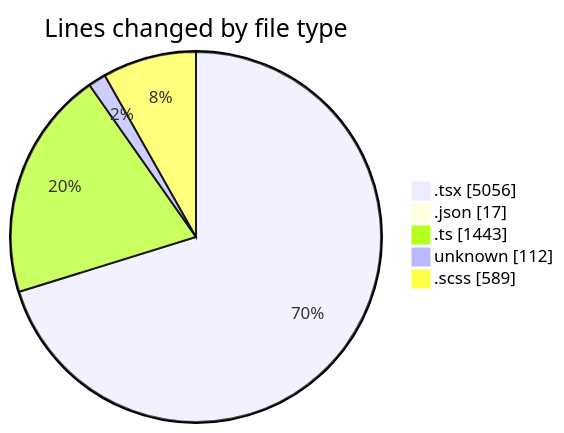
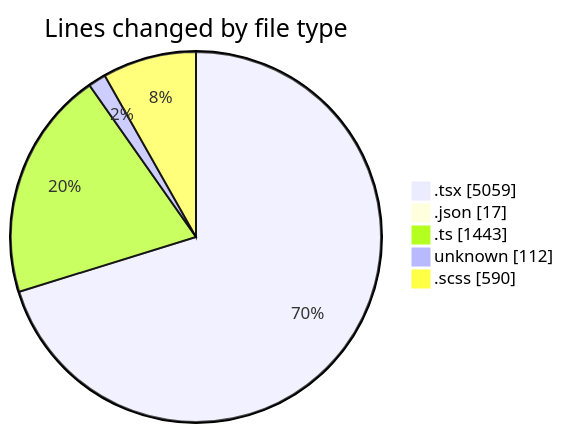
The first of 2 diagrams in 2026-04-30/cda/README.md (momahboobian/code-tracking), drawn with Mermaid before and after one commit. The commit also changed other lines of this file and 1 other file, not shown here.

````diff
--- a/2026-04-30/cda/README.md
+++ b/2026-04-30/cda/README.md
@@ -69,9 +69,9 @@
 ```mermaid
 pie showData
 title Lines changed by file type
-".tsx" : 5056
+".tsx" : 5059
 ".json" : 17
 ".ts" : 1443
 "unknown" : 112
-".scss" : 589
+".scss" : 590
 ```
````
